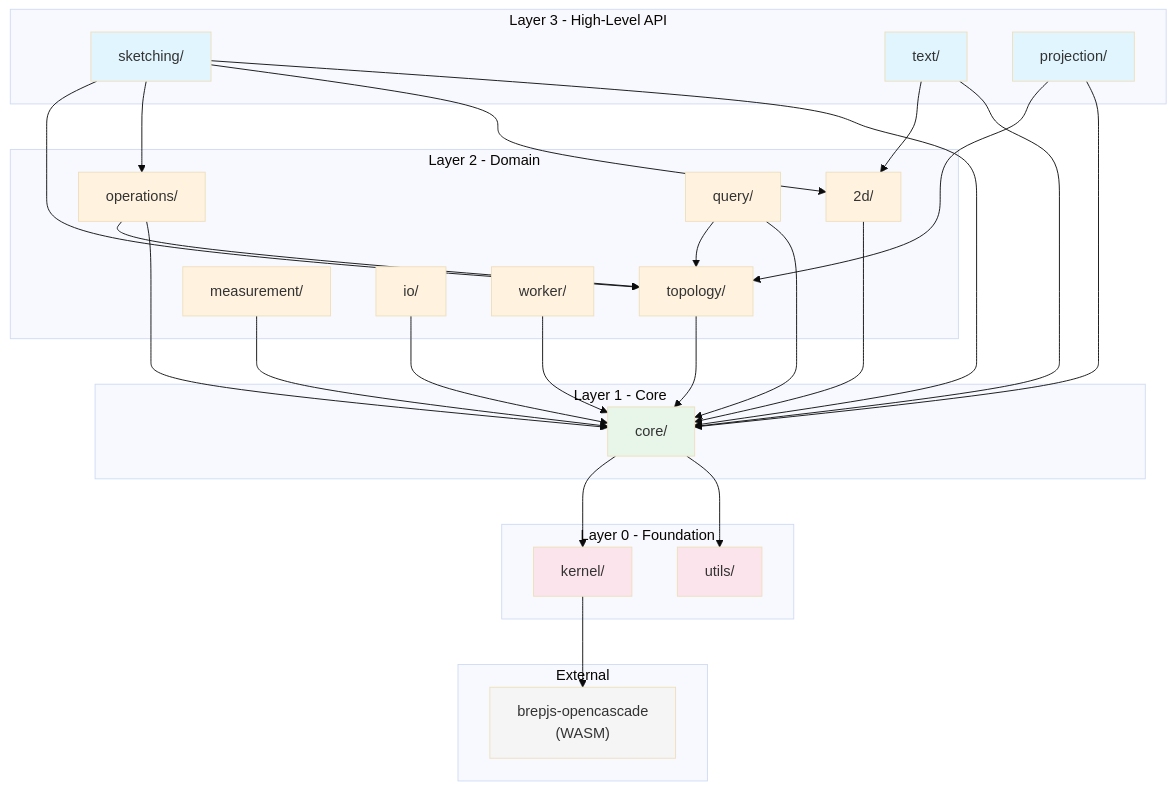
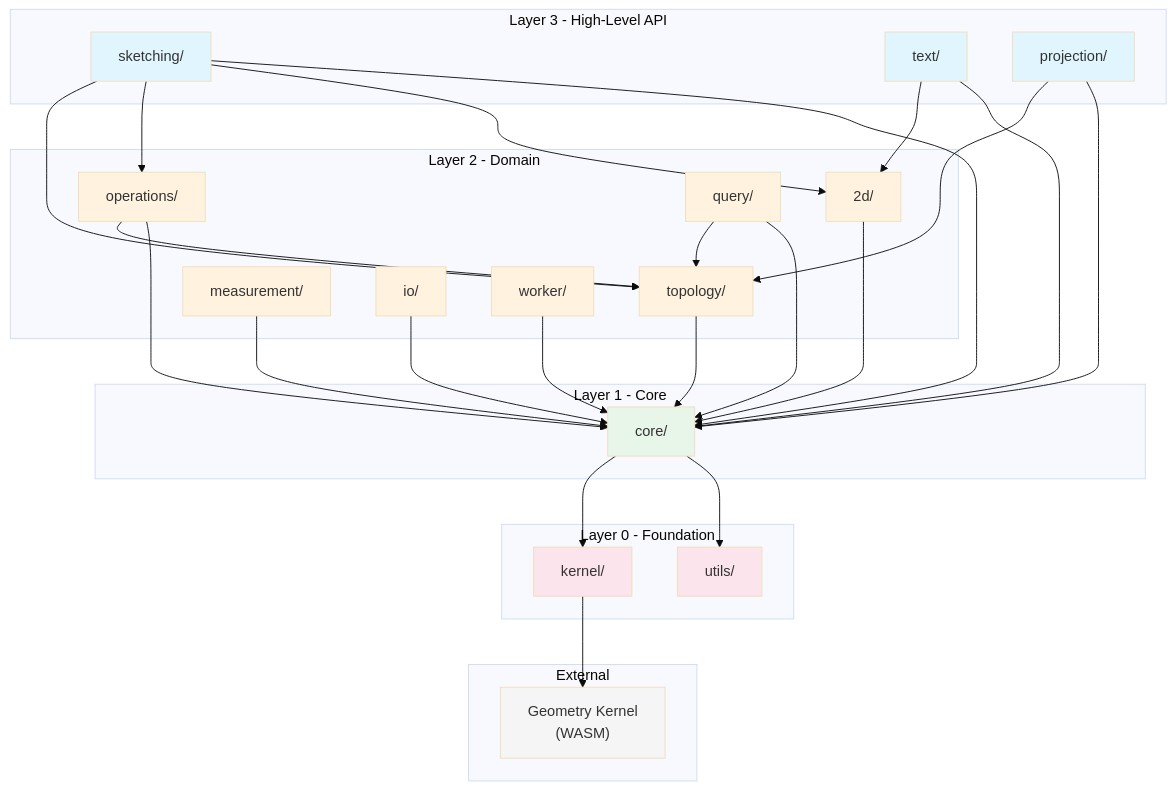
Before and after one commit to andymai/brepjs: the first of 2 diagrams in docs/architecture.md, drawn with Mermaid (base theme). The commit also changed other lines of this file and 52 other files, not shown here.

First line of the commit message:
refactor(kernel): complete kernel abstraction and remove OCCT coupling from docs

````diff
--- a/docs/architecture.md
+++ b/docs/architecture.md
@@ -7,71 +7,71 @@
 ```mermaid
 graph TB
     subgraph "Layer 3 - High-Level API"
         Sketching["sketching/"]
         Text["text/"]
         Projection["projection/"]
     end
 
     subgraph "Layer 2 - Domain"
         Topology["topology/"]
         Operations["operations/"]
         TwoD["2d/"]
         Query["query/"]
         Measurement["measurement/"]
         IO["io/"]
         Worker["worker/"]
     end
 
     subgraph "Layer 1 - Core"
         Core["core/"]
     end
 
     subgraph "Layer 0 - Foundation"
         Kernel["kernel/"]
         Utils["utils/"]
     end
 
     subgraph "External"
-        OCCT["brepjs-opencascade<br/>(WASM)"]
+        WASM_EXT["Geometry Kernel<br/>(WASM)"]
     end
 
     %% Layer 3 imports
     Sketching --> Topology
     Sketching --> Operations
     Sketching --> TwoD
     Sketching --> Core
     Text --> TwoD
     Text --> Core
     Projection --> Topology
     Projection --> Core
 
     %% Layer 2 imports
     Topology --> Core
     Operations --> Topology
     Operations --> Core
     TwoD --> Core
     Query --> Topology
     Query --> Core
     Measurement --> Core
     IO --> Core
     Worker --> Core
 
     %% Layer 1 imports
     Core --> Kernel
     Core --> Utils
 
     %% Layer 0 imports
-    Kernel --> OCCT
+    Kernel --> WASM_EXT
 
     classDef l3 fill:#e1f5fe
     classDef l2 fill:#fff3e0
     classDef l1 fill:#e8f5e9
     classDef l0 fill:#fce4ec
     classDef ext fill:#f5f5f5
 
     class Sketching,Text,Projection l3
     class Topology,Operations,TwoD,Query,Measurement,IO,Worker l2
     class Core l1
     class Kernel,Utils l0
-    class OCCT ext
+    class WASM_EXT ext
 ```
````
